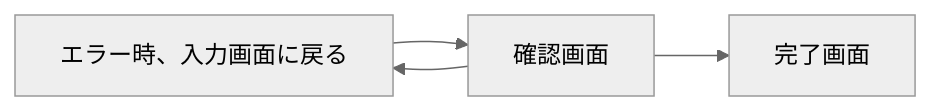
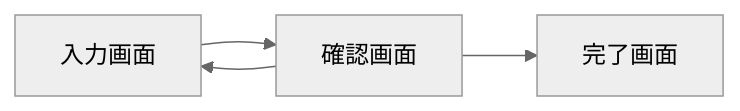
One commit to MasaruFukazawa/designdocs-sample.fukazawasoftwaredevelopment.com changed the first of 8 diagrams in docs/design/source/mermaid-sample.rst. Above: the diagram before and after it, drawn with Mermaid (neutral theme). The commit also changed other lines of this file and 8 other files, not shown here.

First line of the commit message:
feat: Mermaidルール統一とサンプルダイアグラム修正

```diff
--- a/docs/design/source/mermaid-sample.rst
+++ b/docs/design/source/mermaid-sample.rst
@@ -13,6 +13,6 @@
 .. mermaid::
 
    graph LR
        A[入力画面] --> B[確認画面]
        B --> C[完了画面]
-       B --> A[エラー時、入力画面に戻る]
+       B --> A
```
